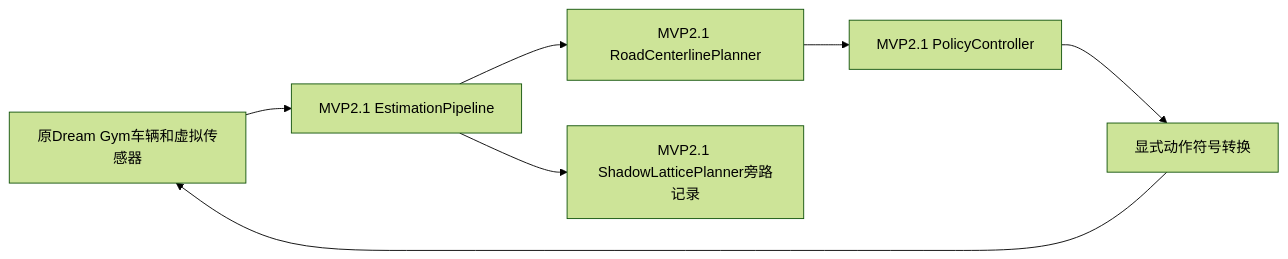
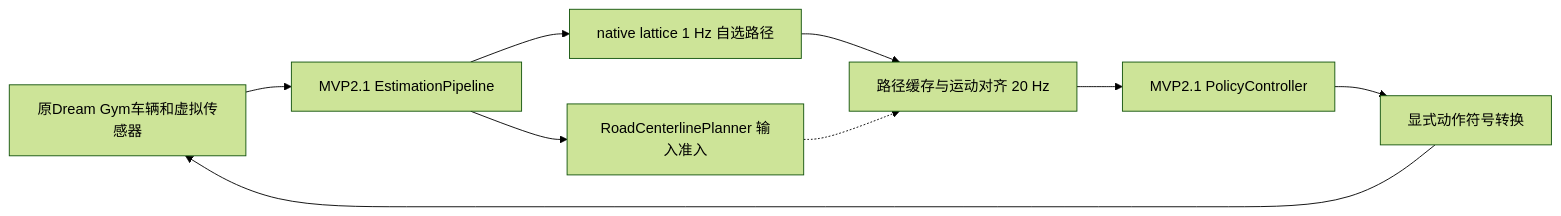
One commit to wyf9613/Baby-Bus changed the diagram in offline/mvp21_sim/README.md. Above: the diagram before and after it, drawn with Mermaid (forest theme). The commit also changed other lines of this file and 7 other files, not shown here.

Commit message:
feat: default offline simulation to native planner output

````diff
--- a/offline/mvp21_sim/README.md
+++ b/offline/mvp21_sim/README.md
@@ -23,9 +23,11 @@
 ```mermaid
 flowchart LR
     P[原Dream Gym车辆和虚拟传感器] --> E[MVP2.1 EstimationPipeline]
-    E --> R[MVP2.1 RoadCenterlinePlanner]
-    R --> C[MVP2.1 PolicyController]
+    E --> R[RoadCenterlinePlanner 输入准入]
+    E --> S[native lattice 1 Hz 自选路径]
+    S --> H[路径缓存与运动对齐 20 Hz]
+    R -.-> H
+    H --> C[MVP2.1 PolicyController]
     C --> A[显式动作符号转换]
     A --> P
-    E --> S[MVP2.1 ShadowLatticePlanner旁路记录]
 ```
````
